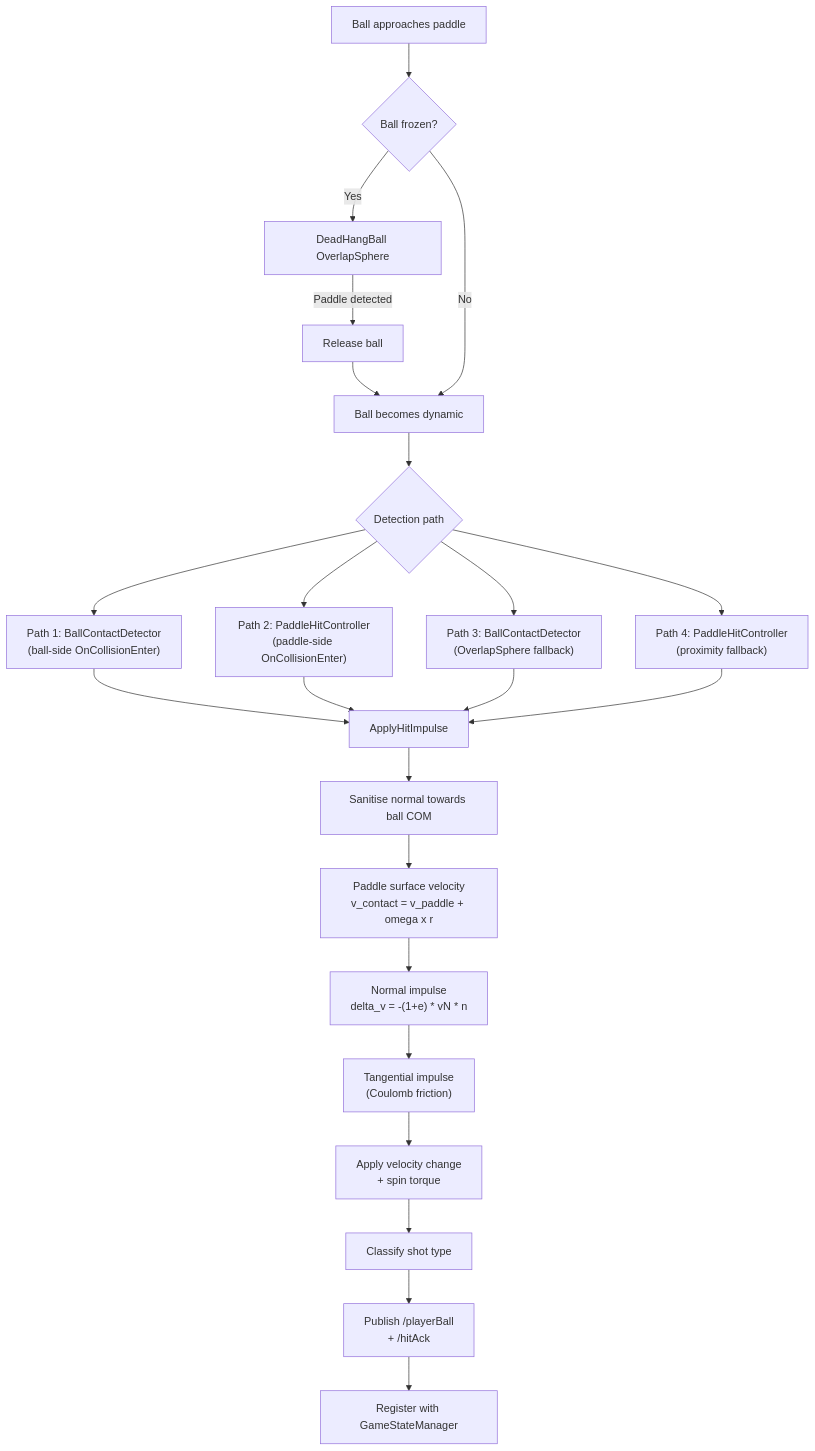
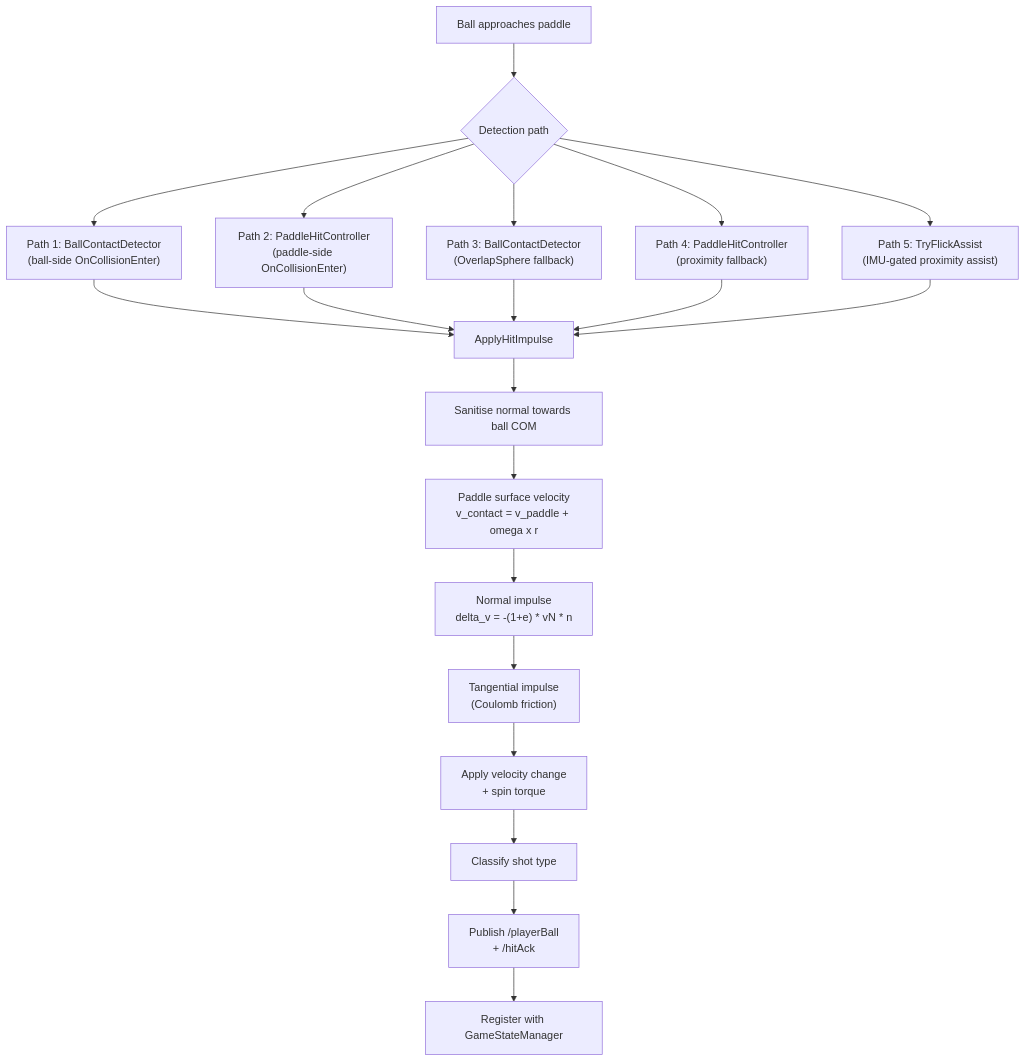
One commit to CG4002-AY2526S2-B03/Capstone_AR_Pickleball_Gameplay changed the fourth of 5 diagrams in Docs/System_Architecture.md. Above: the diagram before and after it, drawn with Mermaid. The commit also changed other lines of this file and 3 other files, not shown here.

Commit message:
Add GetBallRigidbody; document Flick Assist

````diff
--- a/Docs/System_Architecture.md
+++ b/Docs/System_Architecture.md
@@ -408,31 +408,25 @@
 ```mermaid
 flowchart TD
-    A[Ball approaches paddle] --> B{Ball frozen?}
+    A[Ball approaches paddle] --> E{Detection path}
 
-    B -->|Yes| C[DeadHangBall OverlapSphere]
-    C -->|Paddle detected| D[Release ball]
-    D --> E[Ball becomes dynamic]
+    E --> F["Path 1: BallContactDetector\n(ball-side OnCollisionEnter)"]
+    E --> G["Path 2: PaddleHitController\n(paddle-side OnCollisionEnter)"]
+    E --> H["Path 3: BallContactDetector\n(OverlapSphere fallback)"]
+    E --> I["Path 4: PaddleHitController\n(proximity fallback)"]
+    E --> J["Path 5: TryFlickAssist\n(IMU-gated proximity assist)"]
 
-    B -->|No| E
-
-    E --> F{Detection path}
-
-    F --> G["Path 1: BallContactDetector\n(ball-side OnCollisionEnter)"]
-    F --> H["Path 2: PaddleHitController\n(paddle-side OnCollisionEnter)"]
-    F --> I["Path 3: BallContactDetector\n(OverlapSphere fallback)"]
-    F --> J["Path 4: PaddleHitController\n(proximity fallback)"]
-
-    G --> K[ApplyHitImpulse]
+    F --> K[ApplyHitImpulse]
+    G --> K
     H --> K
     I --> K
     J --> K
 
     K --> L[Sanitise normal towards ball COM]
     L --> M["Paddle surface velocity\nv_contact = v_paddle + omega x r"]
     M --> N["Normal impulse\ndelta_v = -(1+e) * vN * n"]
     N --> O["Tangential impulse\n(Coulomb friction)"]
     O --> P["Apply velocity change\n+ spin torque"]
     P --> Q[Classify shot type]
     Q --> R["Publish /playerBall\n+ /hitAck"]
     R --> S[Register with GameStateManager]
 ```
````
